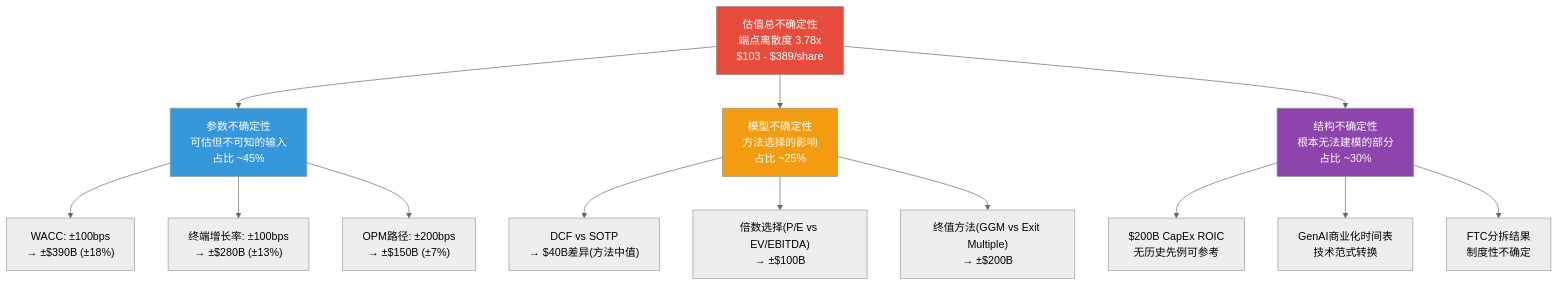
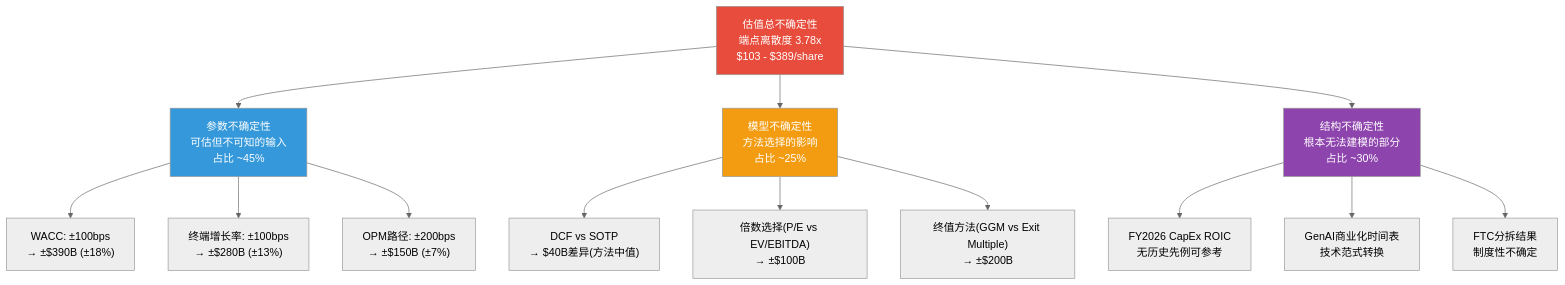
Diagram 24 of 32 in reports/AMZN/AMZN_Complete_v1.0_2026-02-18.md (miltonnewyork25-afk/investment-master), drawn with Mermaid (neutral theme) before and after one commit. The commit also changed other lines of this file, not shown here.

````diff
--- a/reports/AMZN/AMZN_Complete_v1.0_2026-02-18.md
+++ b/reports/AMZN/AMZN_Complete_v1.0_2026-02-18.md
@@ -5254,24 +5321,24 @@
 ```mermaid
 graph TD
     U["估值总不确定性<br>端点离散度 3.78x<br>$103 - $389/share"]
     U --> P["参数不确定性<br>可估但不可知的输入<br>占比 ~45%"]
     U --> M["模型不确定性<br>方法选择的影响<br>占比 ~25%"]
     U --> S["结构不确定性<br>根本无法建模的部分<br>占比 ~30%"]
 
     P --> P1["WACC: ±100bps<br>→ ±$390B (±18%)"]
     P --> P2["终端增长率: ±100bps<br>→ ±$280B (±13%)"]
     P --> P3["OPM路径: ±200bps<br>→ ±$150B (±7%)"]
 
     M --> M1["DCF vs SOTP<br>→ $40B差异(方法中值)"]
     M --> M2["倍数选择(P/E vs EV/EBITDA)<br>→ ±$100B"]
     M --> M3["终值方法(GGM vs Exit Multiple)<br>→ ±$200B"]
 
-    S --> S1["$200B CapEx ROIC<br>无历史先例可参考"]
+    S --> S1["FY2026 CapEx ROIC<br>无历史先例可参考"]
     S --> S2["GenAI商业化时间表<br>技术范式转换"]
     S --> S3["FTC分拆结果<br>制度性不确定"]
 
     style U fill:#E74C3C,color:#fff
     style P fill:#3498DB,color:#fff
     style M fill:#F39C12,color:#fff
     style S fill:#8E44AD,color:#fff
 ```
````
